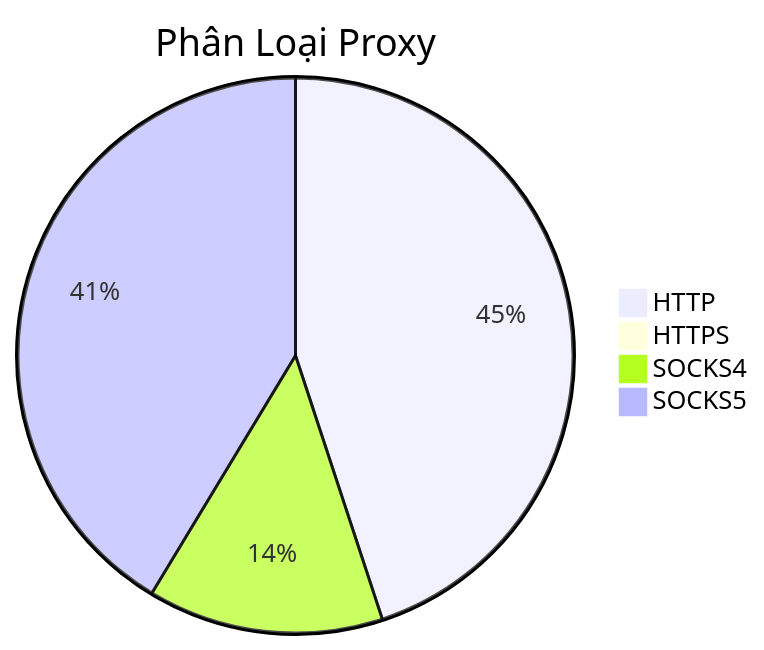
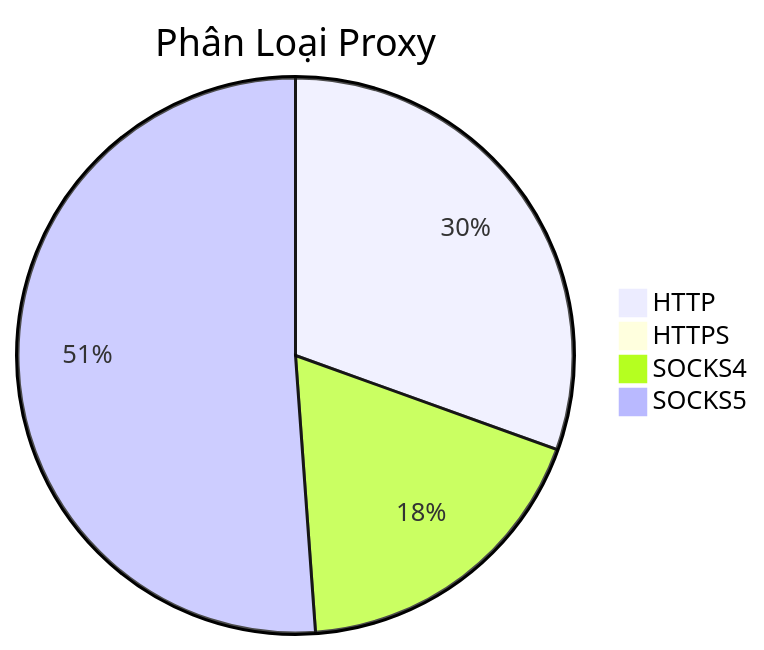
One commit to Ciara-12/PROXY-free changed the diagram in README.md. Above: the diagram before and after it, drawn with Mermaid. The commit also changed other lines of this file and 4 other files, not shown here.

````diff
--- a/README.md
+++ b/README.md
@@ -26,7 +26,7 @@
 ```mermaid
 pie title Phân Loại Proxy
-    "HTTP" : 901
-    "HTTPS" : 4
-    "SOCKS4" : 275
-    "SOCKS5" : 829
+    "HTTP" : 570
+    "HTTPS" : 0
+    "SOCKS4" : 343
+    "SOCKS5" : 956
 ```
````
